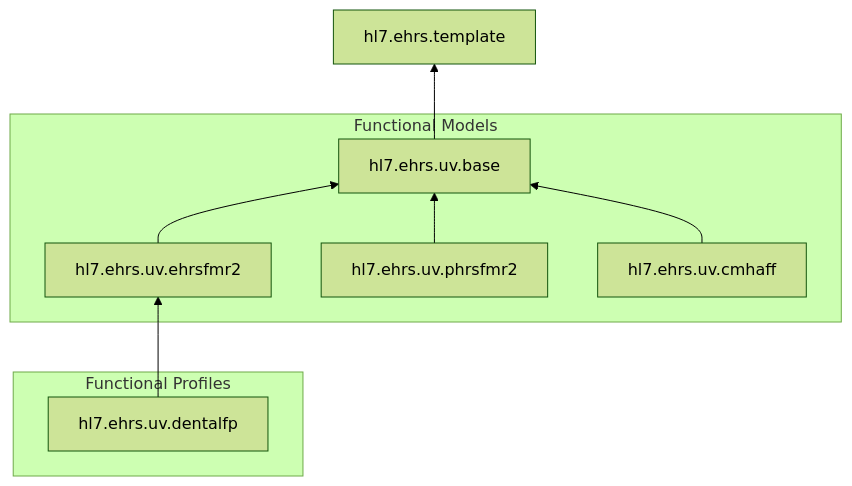
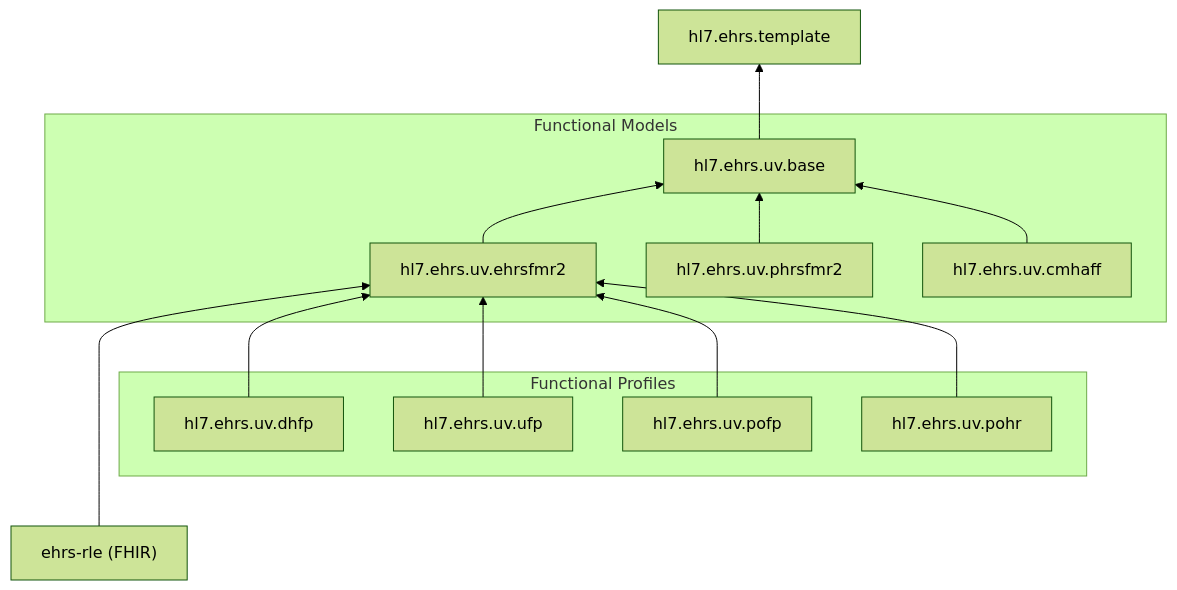
The diagram in input/pagecontent/index.md (HL7/ehrs-base-ig), drawn with Mermaid (forest theme) before and after one commit. The commit also changed other lines of this file, not shown here.

````diff
--- a/input/pagecontent/index.md
+++ b/input/pagecontent/index.md
@@ -18,12 +18,16 @@
 ```mermaid
 flowchart BT
     a[hl7.ehrs.uv.base]-->b[hl7.ehrs.template]
     subgraph Functional Models
         fm1[hl7.ehrs.uv.ehrsfmr2]-->a
         fm2[hl7.ehrs.uv.phrsfmr2]-->a
         fm3[hl7.ehrs.uv.cmhaff]-->a
     end
+    fig["ehrs-rle (FHIR)"]--->fm1
     subgraph Functional Profiles
-        fp1[hl7.ehrs.uv.dentalfp]-->fm1
+        fp1[hl7.ehrs.uv.dhfp]-->fm1
+        fp2[hl7.ehrs.uv.ufp]-->fm1
+        fp3[hl7.ehrs.uv.pofp]-->fm1
+        fp4[hl7.ehrs.uv.pohr]-->fm1
     end
 ```
````
